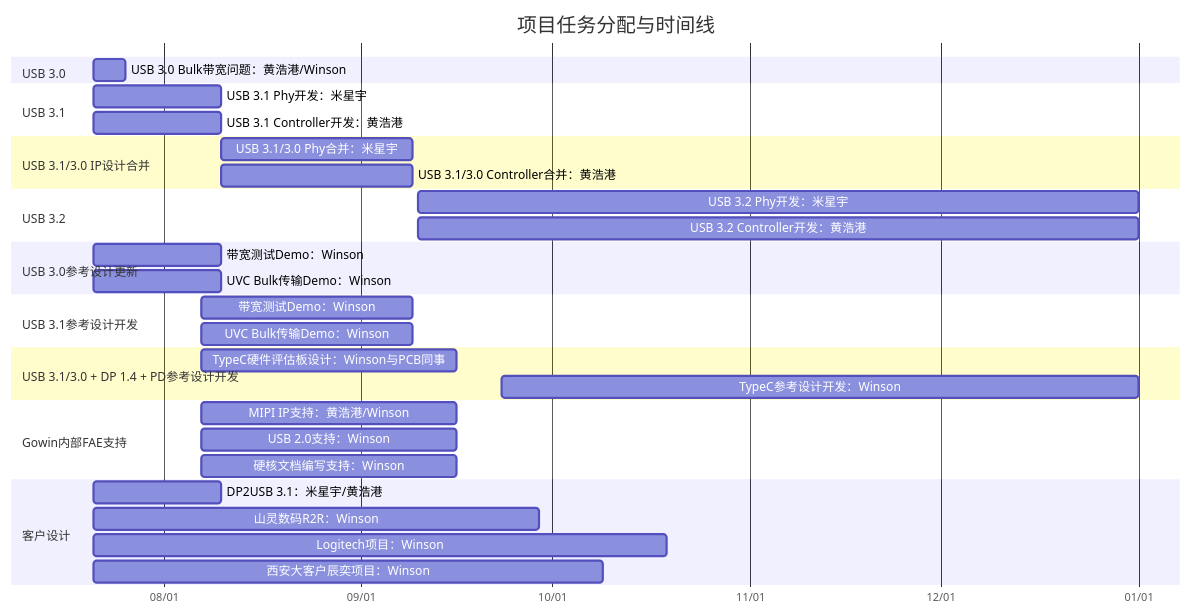
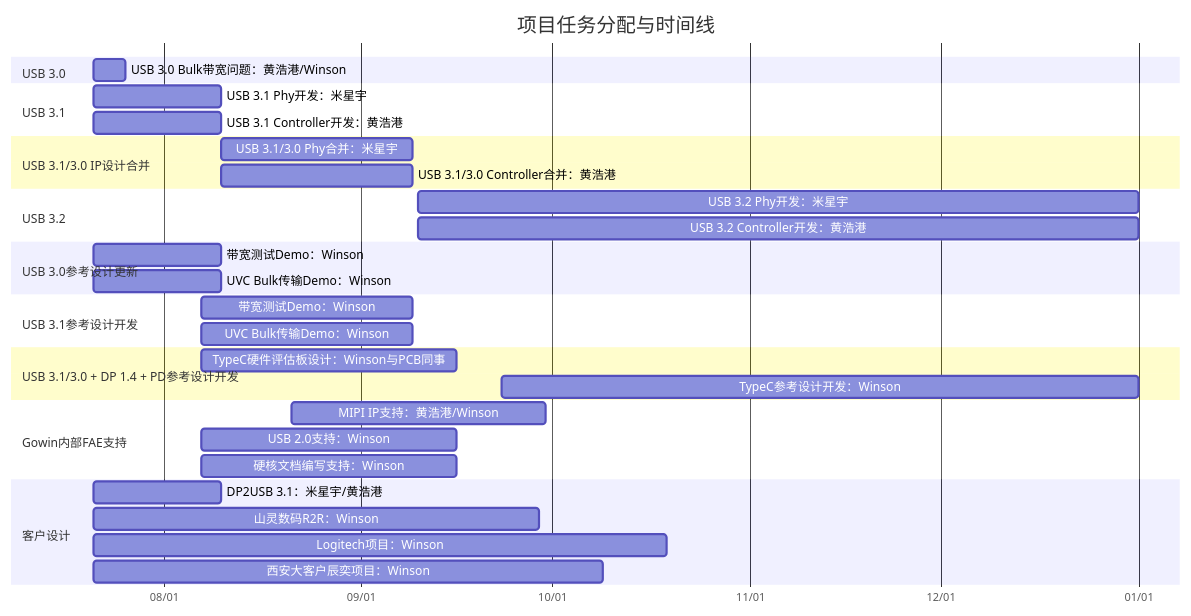
Before and after one commit to winsonbook/iodraw-files: the diagram in all/未命名.md, drawn with Mermaid.

Commit message:
2025-07-21 10:35:55 update

````diff
--- a/all/未命名.md
+++ b/all/未命名.md
@@ -1,44 +1,44 @@
 ```mermaid
 gantt
     title 项目任务分配与时间线
     dateFormat  YYYY-MM-DD
     axisFormat  %m/%d
 
     section USB 3.0
     USB 3.0 Bulk带宽问题：黄浩港/Winson   :    task1, 2025-07-21, 5d
 
     section USB 3.1
     USB 3.1 Phy开发：米星宇      :         task2, 2025-07-21, 20d
     USB 3.1 Controller开发：黄浩港      :  task3, 2025-07-21, 20d
 
     section USB 3.1/3.0 IP设计合并
     USB 3.1/3.0 Phy合并：米星宇       :    task4, 2025-08-10, 30d
     USB 3.1/3.0 Controller合并：黄浩港:    task5, 2025-08-10, 30d
 
     section USB 3.2
     USB 3.2 Phy开发：米星宇      :         task2, 2025-09-10, 113d
     USB 3.2 Controller开发：黄浩港      :  task3, 2025-09-10, 113d
 
     section USB 3.0参考设计更新
     带宽测试Demo：Winson       :         task6, 2025-07-21, 20d
     UVC Bulk传输Demo：Winson   :        task7, 2025-07-21, 20d
 
     section USB 3.1参考设计开发
     带宽测试Demo：Winson       :         task8, 2025-08-07, 33d
     UVC Bulk传输Demo：Winson   :         task9, 2025-08-07, 33d
 
     section USB 3.1/3.0 + DP 1.4 + PD参考设计开发
     TypeC硬件评估板设计：Winson与PCB同事       :         task10, 2025-08-07, 40d
     TypeC参考设计开发：Winson   :         task11, 2025-09-23, 100d
 
     section Gowin内部FAE支持
-    MIPI IP支持：黄浩港/Winson :       task1, 2025-08-07, 40d
-    USB 2.0支持：Winson :             task10, 2025-08-07, 40d
-    硬核文档编写支持：Winson :         task10, 2025-08-07, 40d
+    MIPI IP支持：黄浩港/Winson :       task16, 2025-08-21, 40d
+    USB 2.0支持：Winson :             task17, 2025-08-07, 40d
+    硬核文档编写支持：Winson :         task18, 2025-08-07, 40d
 
     section 客户设计
     DP2USB 3.1：米星宇/黄浩港      :task12, 2025-07-21, 20d
     山灵数码R2R：Winson :             task13, 2025-07-21, 70d
     Logitech项目：Winson :            task14, 2025-07-21, 90d
     西安大客户辰奕项目：Winson :       task15, 2025-07-21, 80d
 ```
````
